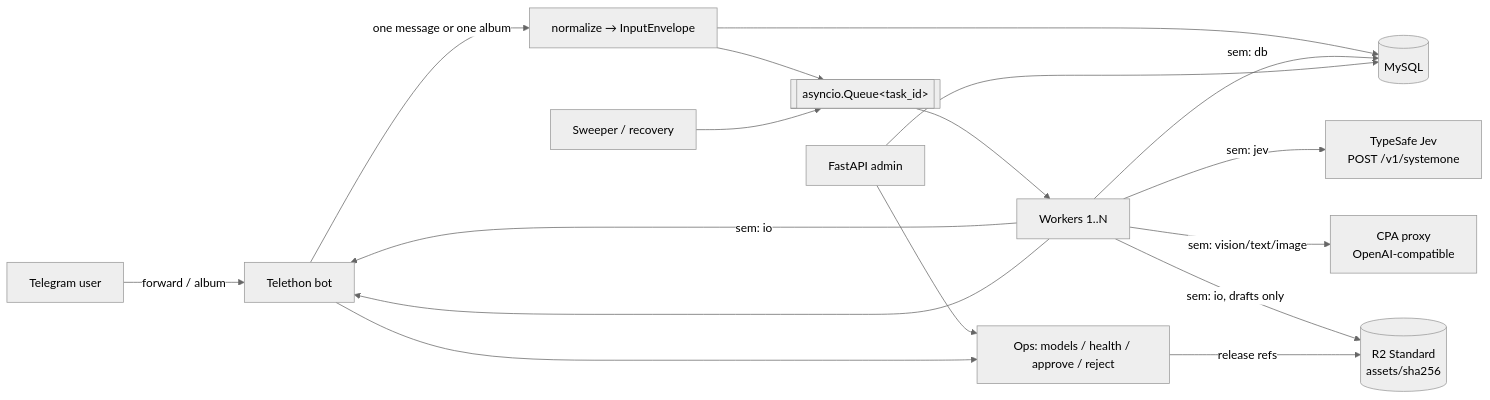
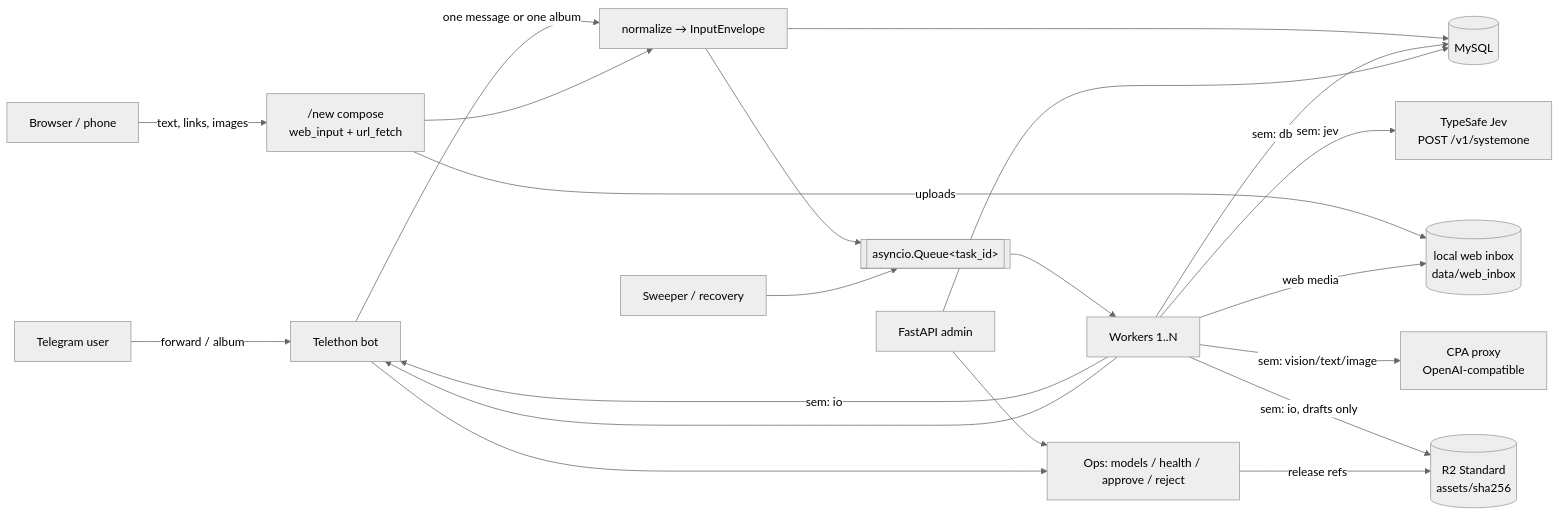
One commit to stackoracode/tg-x-copilot changed the diagram in docs/ARCHITECTURE.md. Above: the diagram before and after it, drawn with Mermaid (neutral theme). The commit also changed other lines of this file and 25 other files, not shown here.

````diff
--- a/docs/ARCHITECTURE.md
+++ b/docs/ARCHITECTURE.md
@@ -37,19 +37,23 @@
 ```mermaid
 flowchart LR
   TG[Telegram user] -- forward / album --> BOT[Telethon bot]
   BOT -- one message or one album --> NORM[normalize → InputEnvelope]
+  WEBU[Browser / phone] -- text, links, images --> WEB["/new compose<br/>web_input + url_fetch"]
+  WEB -- uploads --> INBOX[(local web inbox<br/>data/web_inbox)]
+  WEB --> NORM
   NORM --> DB[(MySQL)]
   NORM --> Q[[asyncio.Queue&lt;task_id&gt;]]
   SWEEP[Sweeper / recovery] --> Q
   Q --> W[Workers 1..N]
   W -- sem: jev --> JEV[TypeSafe Jev<br/>POST /v1/systemone]
   W -- sem: io --> BOT
+  W -- web media --> INBOX
   W -- sem: vision/text/image --> CPA[CPA proxy<br/>OpenAI-compatible]
   W -- sem: io, drafts only --> R2[(R2 Standard<br/>assets/sha256)]
   W -- sem: db --> DB
   W --> BOT
   ADMIN[FastAPI admin] --> DB
   ADMIN --> OPS[Ops: models / health / approve / reject]
   BOT --> OPS
   OPS -- release refs --> R2
 ```
````
